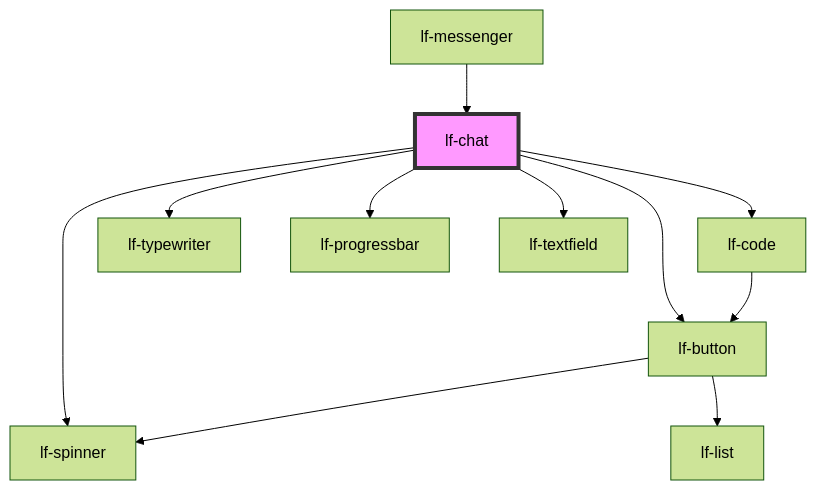
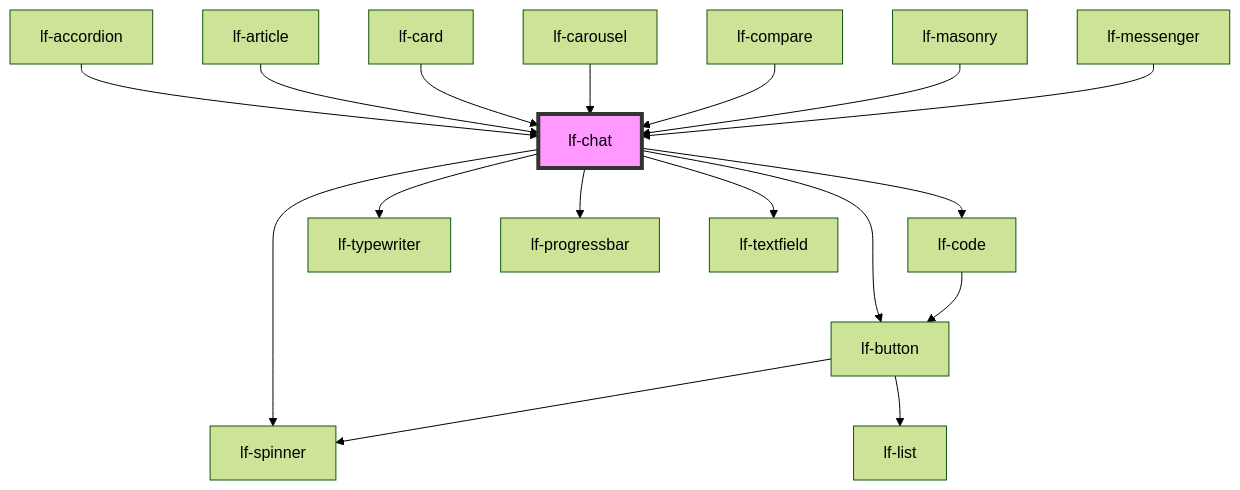
Before and after one commit to lucafoscili/lf-widgets: the diagram in packages/core/src/components/lf-chat/readme.md, drawn with Mermaid (forest theme). The commit also changed other lines of this file and 68 other files, not shown here.

````diff
--- a/packages/core/src/components/lf-chat/readme.md
+++ b/packages/core/src/components/lf-chat/readme.md
@@ -162,14 +168,20 @@
 ```mermaid
 graph TD;
   lf-chat --> lf-spinner
   lf-chat --> lf-code
   lf-chat --> lf-button
   lf-chat --> lf-typewriter
   lf-chat --> lf-progressbar
   lf-chat --> lf-textfield
   lf-code --> lf-button
   lf-button --> lf-list
   lf-button --> lf-spinner
+  lf-accordion --> lf-chat
+  lf-article --> lf-chat
+  lf-card --> lf-chat
+  lf-carousel --> lf-chat
+  lf-compare --> lf-chat
+  lf-masonry --> lf-chat
   lf-messenger --> lf-chat
   style lf-chat fill:#f9f,stroke:#333,stroke-width:4px
 ```
````
